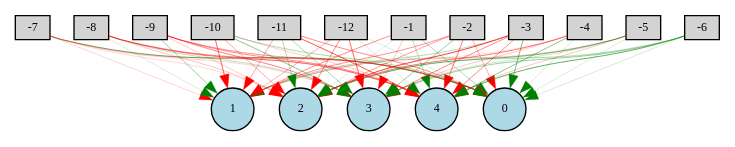
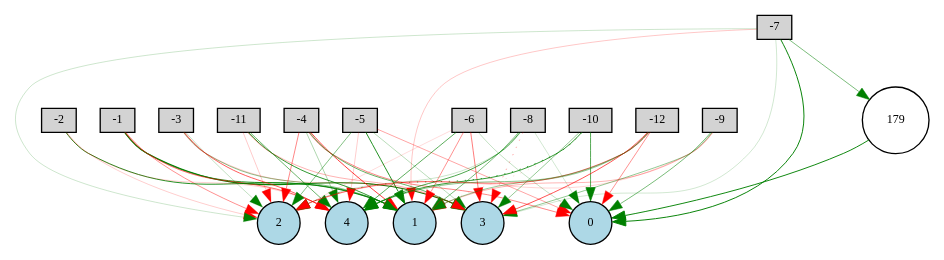
Before and after one commit to TomSpeedy/neat_coevolution: the diagram in Digraph.gv, drawn with Graphviz. The commit also changed 3 other files, not shown here.

```diff
--- a/Digraph.gv
+++ b/Digraph.gv
@@ -1,80 +1,76 @@
 digraph {
 	node [fontsize=9 height=0.2 shape=circle width=0.2]
 	-1 [fillcolor=lightgray shape=box style=filled]
 	-2 [fillcolor=lightgray shape=box style=filled]
 	-3 [fillcolor=lightgray shape=box style=filled]
 	-4 [fillcolor=lightgray shape=box style=filled]
 	-5 [fillcolor=lightgray shape=box style=filled]
 	-6 [fillcolor=lightgray shape=box style=filled]
 	-7 [fillcolor=lightgray shape=box style=filled]
 	-8 [fillcolor=lightgray shape=box style=filled]
 	-9 [fillcolor=lightgray shape=box style=filled]
 	-10 [fillcolor=lightgray shape=box style=filled]
 	-11 [fillcolor=lightgray shape=box style=filled]
 	-12 [fillcolor=lightgray shape=box style=filled]
 	0 [fillcolor=lightblue style=filled]
 	1 [fillcolor=lightblue style=filled]
 	2 [fillcolor=lightblue style=filled]
 	3 [fillcolor=lightblue style=filled]
 	4 [fillcolor=lightblue style=filled]
-	-1 -> 0 [color=green penwidth=0.22905919023146612 style=solid]
-	-1 -> 1 [color=red penwidth=0.3374444197864444 style=solid]
-	-1 -> 2 [color=green penwidth=0.10222685094234646 style=solid]
-	-1 -> 3 [color=red penwidth=0.180946247662155 style=solid]
-	-1 -> 4 [color=green penwidth=0.21767243985875268 style=solid]
-	-2 -> 0 [color=red penwidth=0.2476912071819514 style=solid]
-	-2 -> 1 [color=red penwidth=0.33113649178032334 style=solid]
-	-2 -> 2 [color=red penwidth=0.29303019916216605 style=solid]
-	-2 -> 3 [color=green penwidth=0.2929169351798345 style=solid]
-	-2 -> 4 [color=red penwidth=0.4116204562382988 style=solid]
-	-3 -> 0 [color=green penwidth=0.3730386725639695 style=solid]
-	-3 -> 1 [color=green penwidth=0.2191440219511941 style=solid]
-	-3 -> 2 [color=red penwidth=0.5881573005347129 style=solid]
-	-3 -> 3 [color=red penwidth=0.3452507246492431 style=solid]
-	-3 -> 4 [color=red penwidth=0.3476167351591932 style=solid]
-	-4 -> 0 [color=green penwidth=0.13277653216860896 style=solid]
-	-4 -> 1 [color=red penwidth=0.10066722794289848 style=solid]
-	-4 -> 2 [color=red penwidth=0.4021010512710964 style=solid]
-	-4 -> 3 [color=red penwidth=0.16646633476347578 style=solid]
-	-4 -> 4 [color=green penwidth=0.344442432237476 style=solid]
-	-5 -> 0 [color=green penwidth=0.10667918678466991 style=solid]
-	-5 -> 1 [color=red penwidth=0.1660771249088654 style=solid]
-	-5 -> 2 [color=green penwidth=0.4217500302025661 style=solid]
-	-5 -> 3 [color=green penwidth=0.14722145101569872 style=solid]
-	-5 -> 4 [color=red penwidth=0.17963347718430683 style=solid]
-	-6 -> 0 [color=green penwidth=0.1325398008085475 style=solid]
-	-6 -> 1 [color=green penwidth=0.14022842291586235 style=solid]
-	-6 -> 2 [color=green penwidth=0.14371446732928092 style=solid]
-	-6 -> 3 [color=green penwidth=0.2906544016490893 style=solid]
-	-6 -> 4 [color=green penwidth=0.4600155366205416 style=solid]
-	-7 -> 0 [color=green penwidth=0.43513663521037194 style=solid]
-	-7 -> 1 [color=red penwidth=0.13000929555069993 style=solid]
-	-7 -> 2 [color=red penwidth=0.11648074784322796 style=solid]
-	-7 -> 3 [color=red penwidth=0.14219345457458363 style=solid]
-	-7 -> 4 [color=red penwidth=0.17592124978413864 style=solid]
-	-8 -> 0 [color=red penwidth=0.3601337523760376 style=solid]
-	-8 -> 1 [color=green penwidth=0.10888165926440847 style=solid]
-	-8 -> 2 [color=red penwidth=0.17940605270870724 style=solid]
-	-8 -> 3 [color=green penwidth=0.19851649993743492 style=solid]
-	-8 -> 4 [color=red penwidth=0.4027822459760745 style=solid]
-	-9 -> 0 [color=red penwidth=0.33103739339702304 style=solid]
-	-9 -> 1 [color=green penwidth=0.29228594157197824 style=solid]
-	-9 -> 2 [color=red penwidth=0.1641657568070556 style=solid]
-	-9 -> 3 [color=red penwidth=0.38495342693048895 style=solid]
-	-9 -> 4 [color=red penwidth=0.3376017706871154 style=solid]
-	-10 -> 0 [color=green penwidth=0.24168736373386376 style=solid]
-	-10 -> 1 [color=red penwidth=0.4675105548455314 style=solid]
-	-10 -> 2 [color=red penwidth=0.2595966271946496 style=solid]
-	-10 -> 3 [color=green penwidth=0.33923081669067356 style=solid]
-	-10 -> 4 [color=red penwidth=0.16075087998054144 style=solid]
-	-11 -> 0 [color=red penwidth=0.35117923396507855 style=solid]
-	-11 -> 1 [color=red penwidth=0.25858792888928894 style=solid]
-	-11 -> 2 [color=green penwidth=0.21791015325877117 style=solid]
-	-11 -> 3 [color=green penwidth=0.24251644395467728 style=solid]
-	-11 -> 4 [color=red penwidth=0.5087474919396768 style=solid]
-	-12 -> 0 [color=green penwidth=0.12499929944236574 style=solid]
-	-12 -> 1 [color=red penwidth=0.24388553172871563 style=solid]
-	-12 -> 2 [color=red penwidth=0.3369952077292731 style=solid]
-	-12 -> 3 [color=red penwidth=0.4525622496879961 style=solid]
-	-12 -> 4 [color=green penwidth=0.11786866693201281 style=solid]
+	179 [fillcolor=white style=filled]
+	-1 -> 1 [color=green penwidth=0.6193465669613085 style=solid]
+	-1 -> 2 [color=red penwidth=0.33232450132185876 style=solid]
+	-1 -> 3 [color=green penwidth=0.7928341393660053 style=solid]
+	-1 -> 4 [color=red penwidth=0.4364809896456039 style=solid]
+	-2 -> 1 [color=green penwidth=0.6542769717354552 style=solid]
+	-2 -> 2 [color=red penwidth=0.14603671751723363 style=solid]
+	-2 -> 4 [color=red penwidth=0.13591849191284583 style=solid]
+	-3 -> 1 [color=green penwidth=0.3469523326690417 style=solid]
+	-3 -> 2 [color=green penwidth=0.18215023769492023 style=solid]
+	-3 -> 3 [color=red penwidth=0.1530599794788406 style=solid]
+	-3 -> 4 [color=red penwidth=0.48193078259379485 style=solid]
+	-4 -> 0 [color=red penwidth=0.3610945539774607 style=solid]
+	-4 -> 1 [color=red penwidth=0.5675546577944088 style=solid]
+	-4 -> 2 [color=red penwidth=0.3559730153265953 style=solid]
+	-4 -> 3 [color=green penwidth=0.45536915444654036 style=solid]
+	-4 -> 4 [color=green penwidth=0.24301248594960814 style=solid]
+	-5 -> 0 [color=red penwidth=0.27484152222063074 style=solid]
+	-5 -> 1 [color=green penwidth=0.6502082417863181 style=solid]
+	-5 -> 2 [color=green penwidth=0.3656810969584532 style=solid]
+	-5 -> 3 [color=green penwidth=0.21481195192782337 style=solid]
+	-5 -> 4 [color=red penwidth=0.14517745675323612 style=solid]
+	-6 -> 0 [color=green penwidth=0.1844938338491501 style=solid]
+	-6 -> 1 [color=red penwidth=0.32617343544600824 style=solid]
+	-6 -> 2 [color=red penwidth=0.10670233378098552 style=solid]
+	-6 -> 3 [color=red penwidth=0.3903675956430639 style=solid]
+	-6 -> 4 [color=green penwidth=0.48150459681544566 style=solid]
+	-7 -> 0 [color=green penwidth=0.7161806396178255 style=solid]
+	-7 -> 1 [color=red penwidth=0.17007141931176514 style=solid]
+	-7 -> 2 [color=green penwidth=0.15346972577642592 style=solid]
+	-7 -> 3 [color=green penwidth=0.14159344909490185 style=solid]
+	-8 -> 0 [color=green penwidth=0.14219968820216283 style=solid]
+	-8 -> 1 [color=green penwidth=0.39304016283166343 style=solid]
+	-8 -> 2 [color=green penwidth=0.1584710614790716 style=solid]
+	-8 -> 3 [color=red penwidth=0.27423063112700086 style=dotted]
+	-8 -> 4 [color=green penwidth=0.5324585714063351 style=solid]
+	-9 -> 0 [color=green penwidth=0.39986469770180166 style=solid]
+	-9 -> 1 [color=red penwidth=0.21509814713180403 style=solid]
+	-9 -> 2 [color=red penwidth=0.12581316515252672 style=solid]
+	-9 -> 3 [color=green penwidth=0.3232764288419545 style=solid]
+	-10 -> 0 [color=green penwidth=0.5055118024474872 style=solid]
+	-10 -> 1 [color=red penwidth=0.11194465443751767 style=dotted]
+	-10 -> 2 [color=green penwidth=0.5212277565107215 style=dotted]
+	-10 -> 3 [color=green penwidth=0.3135183883470031 style=solid]
+	-10 -> 4 [color=green penwidth=0.6020530441485415 style=solid]
+	-11 -> 1 [color=green penwidth=0.6055341249103428 style=solid]
+	-11 -> 2 [color=red penwidth=0.1604875193585038 style=solid]
+	-11 -> 3 [color=red penwidth=0.23293352402109946 style=solid]
+	-11 -> 4 [color=green penwidth=0.44221494680886675 style=solid]
+	-12 -> 0 [color=red penwidth=0.33095680915251835 style=solid]
+	-12 -> 1 [color=green penwidth=0.31268962524205 style=solid]
+	-12 -> 2 [color=red penwidth=0.42073006042589756 style=solid]
+	-12 -> 3 [color=red penwidth=0.5117501233981692 style=solid]
+	-12 -> 4 [color=green penwidth=0.33853935692933984 style=solid]
+	-7 -> 179 [color=green penwidth=0.39278403088888003 style=solid]
+	179 -> 0 [color=green penwidth=0.7012242699744563 style=solid]
 }
```
